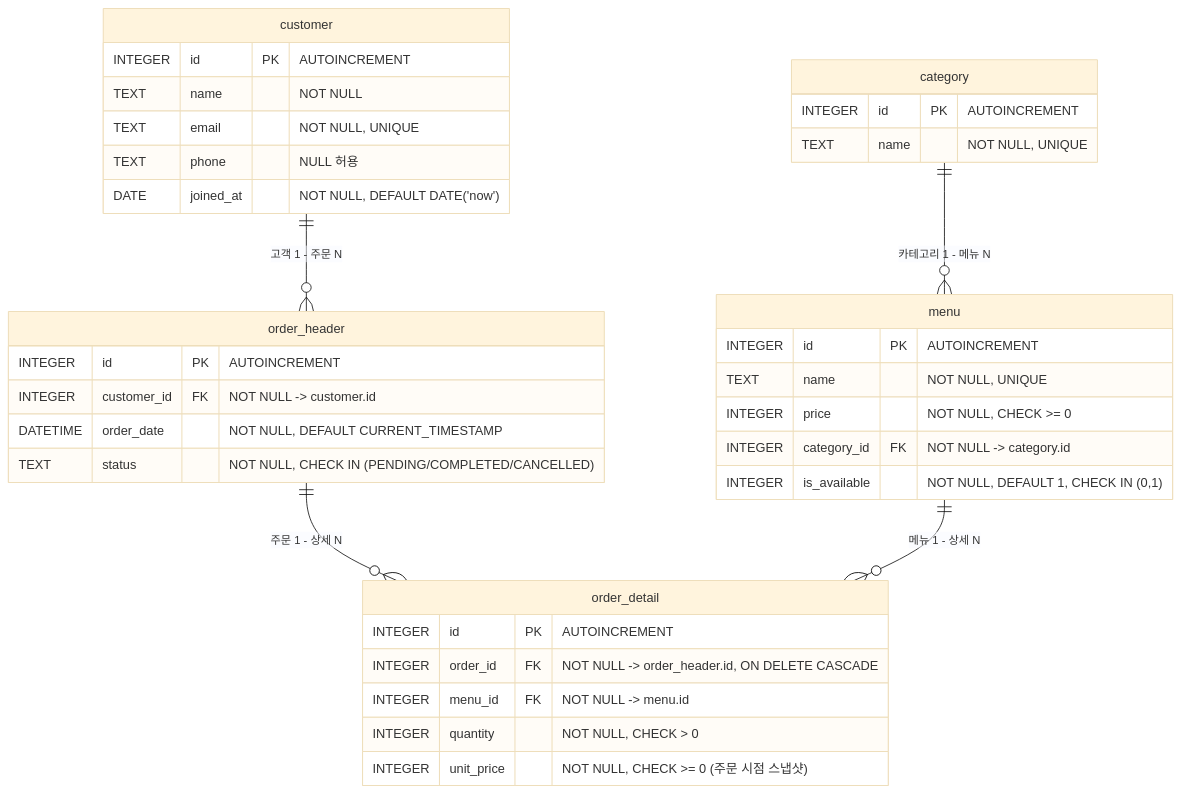
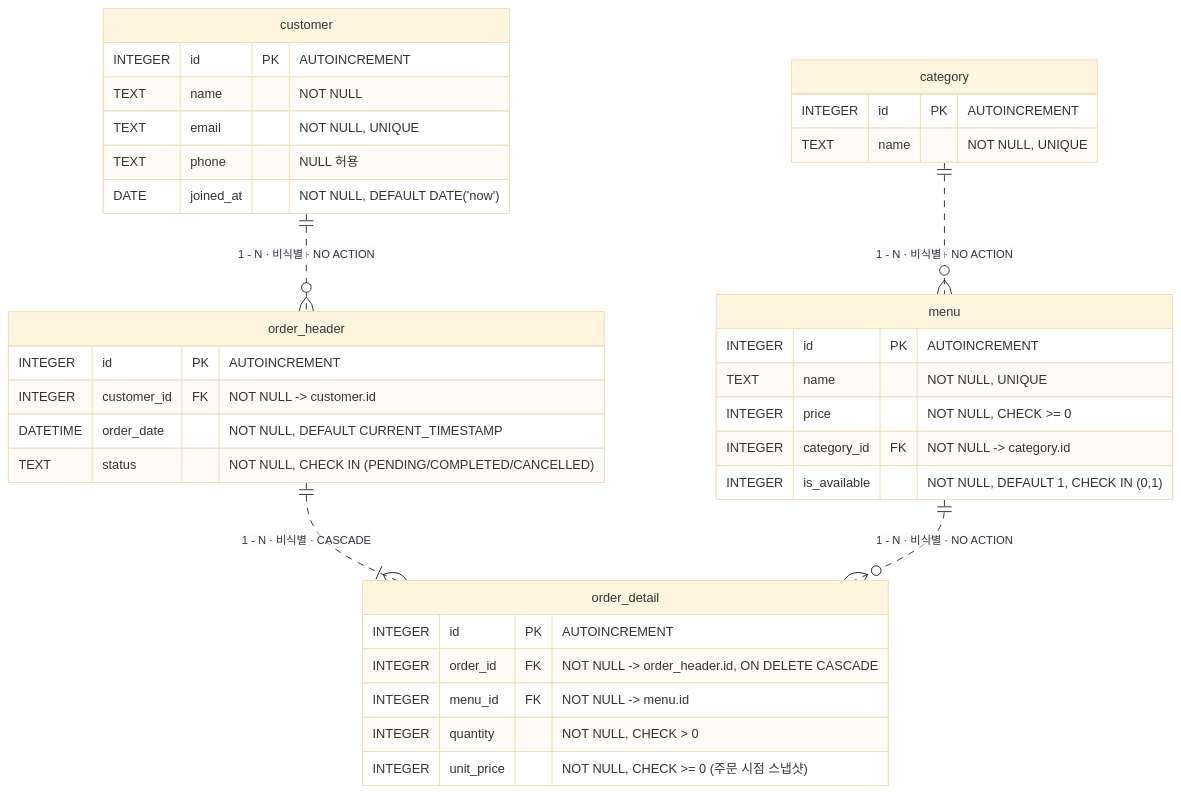
Before and after one commit to JungSaeYoung/codyssey_B5-1: the diagram in README.md, drawn with Mermaid (base theme). The commit also changed other lines of this file, not shown here.

Commit message:
docs: ERD 개선

````diff
--- a/README.md
+++ b/README.md
@@ -86,39 +86,39 @@
 ```mermaid
 erDiagram
-    category ||--o{ menu : "카테고리 1 - 메뉴 N"
-    customer ||--o{ order_header : "고객 1 - 주문 N"
-    order_header ||--o{ order_detail : "주문 1 - 상세 N"
-    menu ||--o{ order_detail : "메뉴 1 - 상세 N"
+    category     ||..o{ menu         : "1 - N · 비식별 · NO ACTION"
+    customer     ||..o{ order_header : "1 - N · 비식별 · NO ACTION"
+    order_header ||..|{ order_detail : "1 - N · 비식별 · CASCADE"
+    menu         ||..o{ order_detail : "1 - N · 비식별 · NO ACTION"
 
     category {
         INTEGER id PK "AUTOINCREMENT"
         TEXT    name "NOT NULL, UNIQUE"
     }
     customer {
         INTEGER id PK "AUTOINCREMENT"
         TEXT    name "NOT NULL"
         TEXT    email "NOT NULL, UNIQUE"
         TEXT    phone "NULL 허용"
         DATE    joined_at "NOT NULL, DEFAULT DATE('now')"
     }
     menu {
         INTEGER id PK "AUTOINCREMENT"
         TEXT    name "NOT NULL, UNIQUE"
         INTEGER price "NOT NULL, CHECK >= 0"
         INTEGER category_id FK "NOT NULL -> category.id"
         INTEGER is_available "NOT NULL, DEFAULT 1, CHECK IN (0,1)"
     }
     order_header {
         INTEGER  id PK "AUTOINCREMENT"
         INTEGER  customer_id FK "NOT NULL -> customer.id"
         DATETIME order_date "NOT NULL, DEFAULT CURRENT_TIMESTAMP"
         TEXT     status "NOT NULL, CHECK IN (PENDING/COMPLETED/CANCELLED)"
     }
     order_detail {
         INTEGER id PK "AUTOINCREMENT"
         INTEGER order_id FK "NOT NULL -> order_header.id, ON DELETE CASCADE"
         INTEGER menu_id FK "NOT NULL -> menu.id"
         INTEGER quantity "NOT NULL, CHECK > 0"
         INTEGER unit_price "NOT NULL, CHECK >= 0 (주문 시점 스냅샷)"
     }
 ```
````
